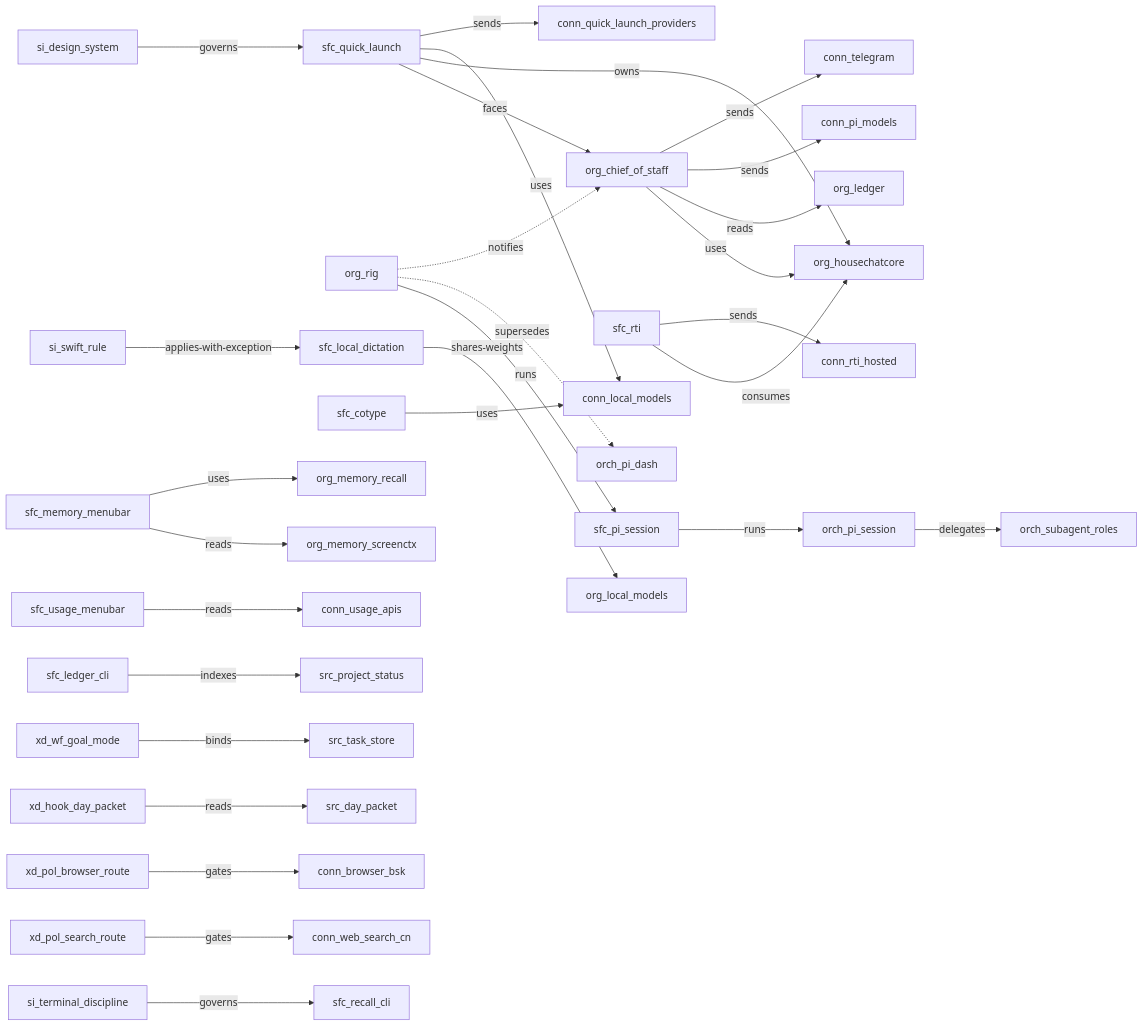
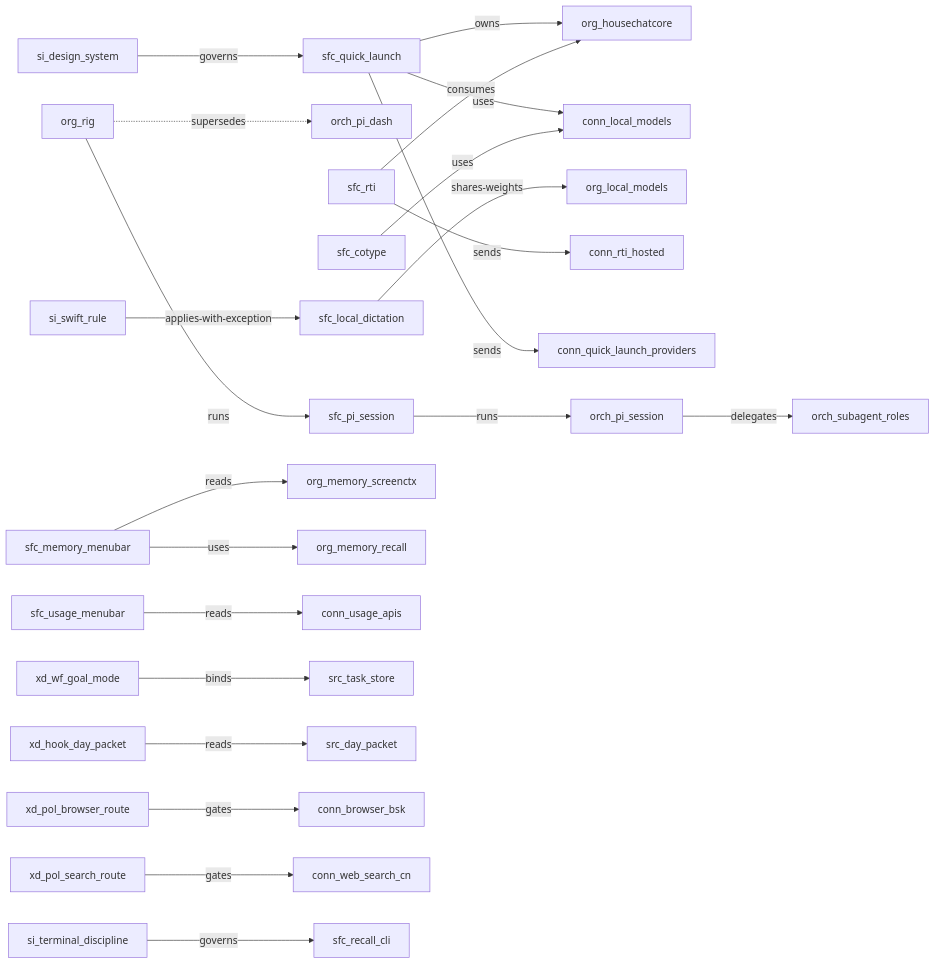
Before and after one commit to tristan-mcinnis/house-system: the diagram in docs/system-map.md, drawn with Mermaid. The commit also changed other lines of this file and 6 other files, not shown here.

First line of the commit message:
Retire chief-of-staff and ledger; state capture, recall, assist

````diff
--- a/docs/system-map.md
+++ b/docs/system-map.md
@@ -310,31 +306,24 @@
 ```mermaid
 flowchart LR
-  org_chief_of_staff -->|uses| org_housechatcore
-  sfc_quick_launch -->|faces| org_chief_of_staff
-  org_chief_of_staff -->|reads| org_ledger
   org_rig -->|runs| sfc_pi_session
   org_rig -.->|supersedes| orch_pi_dash
-  org_rig -.->|notifies| org_chief_of_staff
   si_design_system -->|governs| sfc_quick_launch
   si_swift_rule -->|applies-with-exception| sfc_local_dictation
   sfc_quick_launch -->|owns| org_housechatcore
   sfc_rti -->|consumes| org_housechatcore
   sfc_quick_launch -->|uses| conn_local_models
   sfc_cotype -->|uses| conn_local_models
   sfc_memory_menubar -->|reads| org_memory_screenctx
   sfc_memory_menubar -->|uses| org_memory_recall
   sfc_local_dictation -->|shares-weights| org_local_models
   sfc_rti -->|sends| conn_rti_hosted
   sfc_quick_launch -->|sends| conn_quick_launch_providers
   sfc_usage_menubar -->|reads| conn_usage_apis
-  org_chief_of_staff -->|sends| conn_pi_models
-  org_chief_of_staff -->|sends| conn_telegram
-  sfc_ledger_cli -->|indexes| src_project_status
   sfc_pi_session -->|runs| orch_pi_session
   orch_pi_session -->|delegates| orch_subagent_roles
   xd_wf_goal_mode -->|binds| src_task_store
   xd_hook_day_packet -->|reads| src_day_packet
   xd_pol_browser_route -->|gates| conn_browser_bsk
   xd_pol_search_route -->|gates| conn_web_search_cn
   si_terminal_discipline -->|governs| sfc_recall_cli
 ```
````
